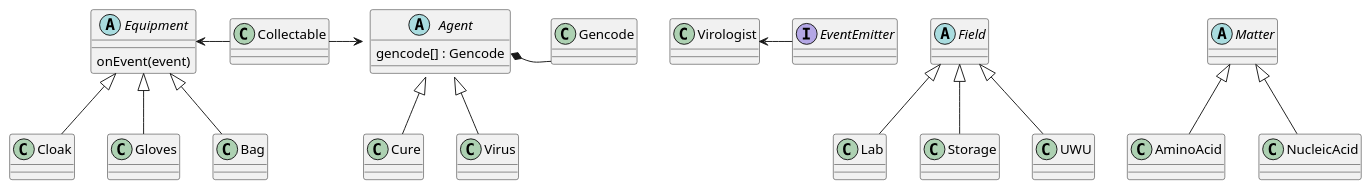
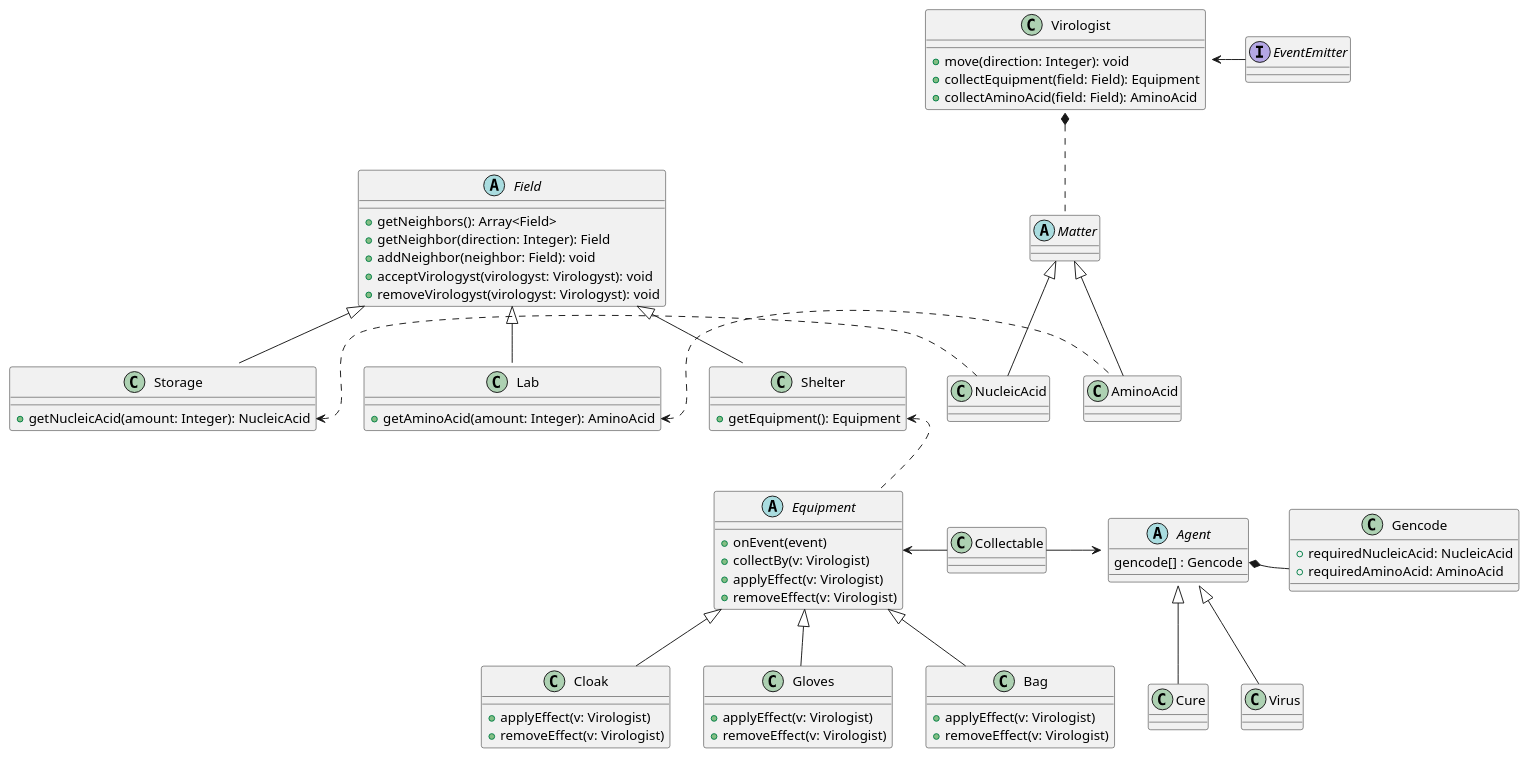
One commit to Projlab-csb/projlab-virologus changed the diagram in class-diagram/main-diagram.puml. Above: the diagram before and after it, drawn with PlantUML.

Commit message:
Added functions and connections to classes

```diff
--- a/class-diagram/main-diagram.puml
+++ b/class-diagram/main-diagram.puml
@@ -1,66 +1,97 @@
 @startuml
 
 abstract class Field{
-
+ +getNeighbors(): Array<Field>
+ +getNeighbor(direction: Integer): Field
+ +addNeighbor(neighbor: Field): void
+ +acceptVirologyst(virologyst: Virologyst): void
+ +removeVirologyst(virologyst: Virologyst): void
 }
 
-class Lab
-class Storage
-class UWU
+class Lab{
+    +getAminoAcid(amount: Integer): AminoAcid
+}
+class Storage{
+    +getNucleicAcid(amount: Integer): NucleicAcid
+}
+class Shelter{
+    +getEquipment(): Equipment
+}
+
+Lab::getAminoAcid <. AminoAcid
+Storage::getNucleicAcid <. NucleicAcid
+Shelter::getEquipment <.. Equipment
 
 Field <|-- Lab
 Field <|-- Storage
-Field <|-- UWU
+Field <|-- Shelter
 
 
 interface EventEmitter
 
 class Virologist {
-
+    +move(direction: Integer): void
+    +collectEquipment(field: Field): Equipment
+    +collectAminoAcid(field: Field): AminoAcid
 }
-
+Virologist::matter *.d. Matter
 Virologist <- EventEmitter
 
 abstract class Matter {
 
 }
 
 class AminoAcid
 class NucleicAcid
 
 Matter <|-- AminoAcid
 Matter <|-- NucleicAcid
 
 abstract class Equipment {
-    onEvent(event)
+    +onEvent(event)
+    +collectBy(v: Virologist)
+    +applyEffect(v: Virologist)
+    +removeEffect(v: Virologist)
 }
 
-class Cloak
-class Gloves
-class Bag
+class Cloak{
+    +applyEffect(v: Virologist)
+    +removeEffect(v: Virologist)
+}
+
+class Gloves{
+    +applyEffect(v: Virologist)
+    +removeEffect(v: Virologist)
+}
+
+class Bag{
+    +applyEffect(v: Virologist)
+    +removeEffect(v: Virologist)
+}
 
 Equipment <|-- Cloak
 Equipment <|-- Gloves
 Equipment <|-- Bag
 
 abstract class Agent{
     gencode[] : Gencode
 }
 
 class Virus
 class Cure
 
 Agent <|-- Virus
 Agent <|-- Cure
 
 class Gencode {
-
+    +requiredNucleicAcid: NucleicAcid
+    +requiredAminoAcid: AminoAcid
 }
 
 Agent::gencode *- Gencode
 
-Agent <-left Collectable
+Agent <-l Collectable
 Equipment <- Collectable
 
 
 @enduml
```
